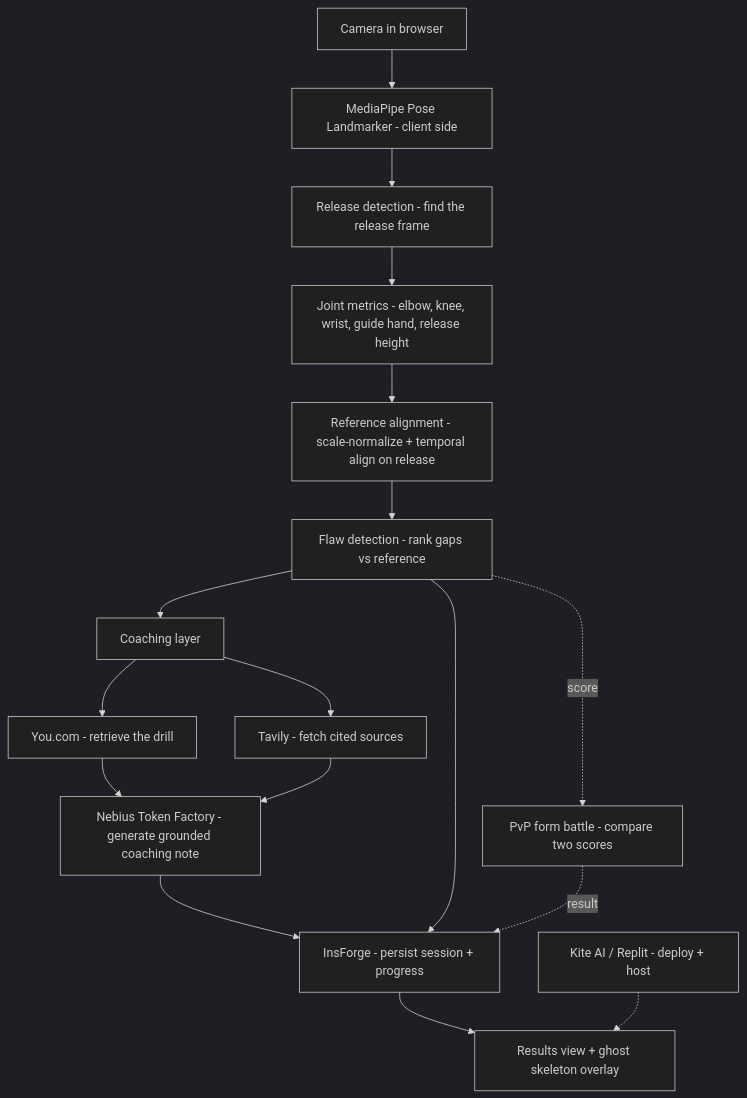
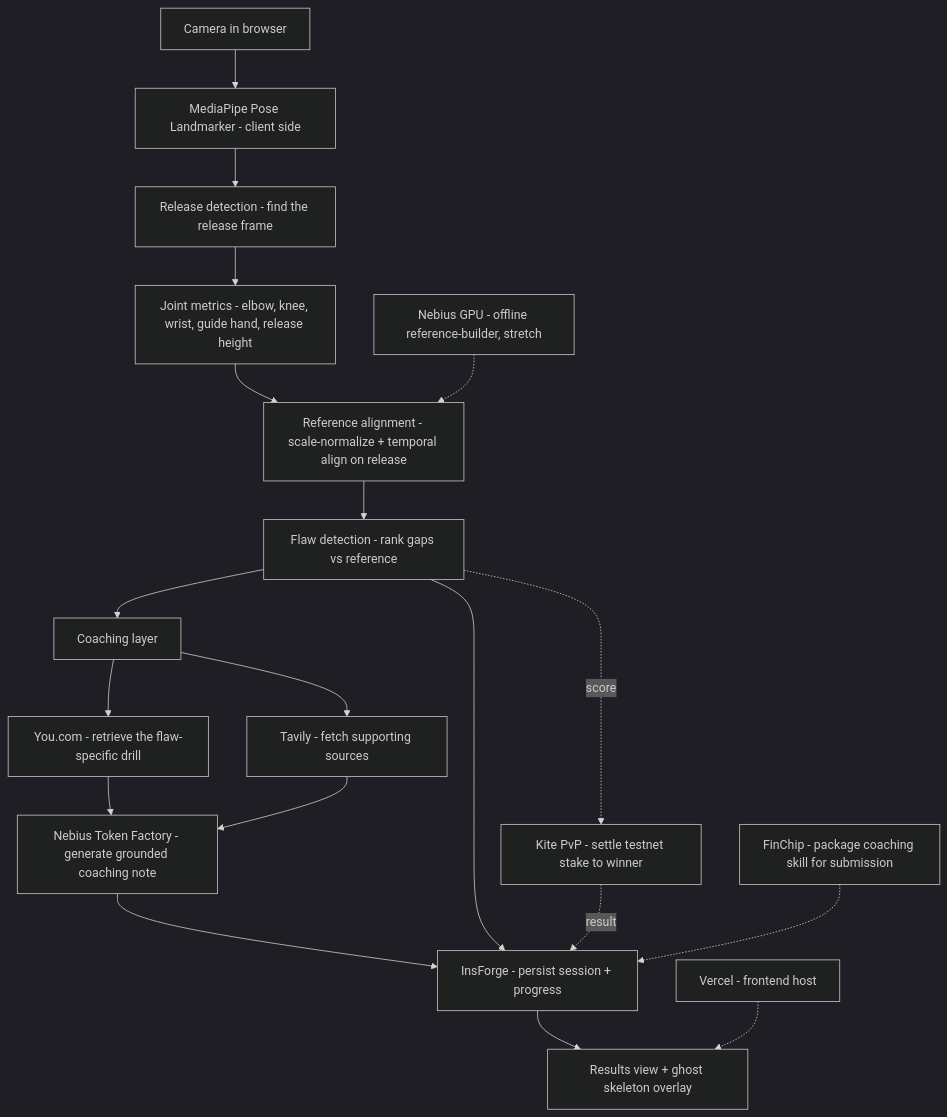
One commit to Ranj04/Ghost changed the diagram in docs/ARCHITECTURE.md. Above: the diagram before and after it, drawn with Mermaid (dark theme). The commit also changed other lines of this file and 2 other files, not shown here.

Commit message:
docs: restore Kite on-chain PvP + Vercel host + full sponsor mapping

````diff
--- a/docs/ARCHITECTURE.md
+++ b/docs/ARCHITECTURE.md
@@ -16,24 +16,26 @@
 ```mermaid
 flowchart TD
     cam[Camera in browser] --> pose[MediaPipe Pose Landmarker - client side]
     pose --> rel[Release detection - find the release frame]
     rel --> met[Joint metrics - elbow, knee, wrist, guide hand, release height]
     met --> align[Reference alignment - scale-normalize + temporal align on release]
     align --> flaw[Flaw detection - rank gaps vs reference]
 
     flaw --> coach[Coaching layer]
-    coach --> you[You.com - retrieve the drill]
-    coach --> tav[Tavily - fetch cited sources]
+    coach --> you[You.com - retrieve the flaw-specific drill]
+    coach --> tav[Tavily - fetch supporting sources]
     you --> gen[Nebius Token Factory - generate grounded coaching note]
     tav --> gen
     gen --> persist[InsForge - persist session + progress]
     flaw --> persist
     persist --> results[Results view + ghost skeleton overlay]
 
-    %% Side branch: player-vs-player score battle (local, no chain)
-    flaw -. score .-> pvp[PvP form battle - compare two scores]
+    %% Side branch: player-vs-player on-chain stake
+    flaw -. score .-> pvp[Kite PvP - settle testnet stake to winner]
     pvp -. result .-> persist
 
-    %% Deploy rail
-    deploy[Kite AI / Replit - deploy + host] -.-> results
+    %% Infra / submission rails
+    host[Vercel - frontend host] -.-> results
+    refbuild[Nebius GPU - offline reference-builder, stretch] -.-> align
+    finchip[FinChip - package coaching skill for submission] -.-> persist
 ```
````
